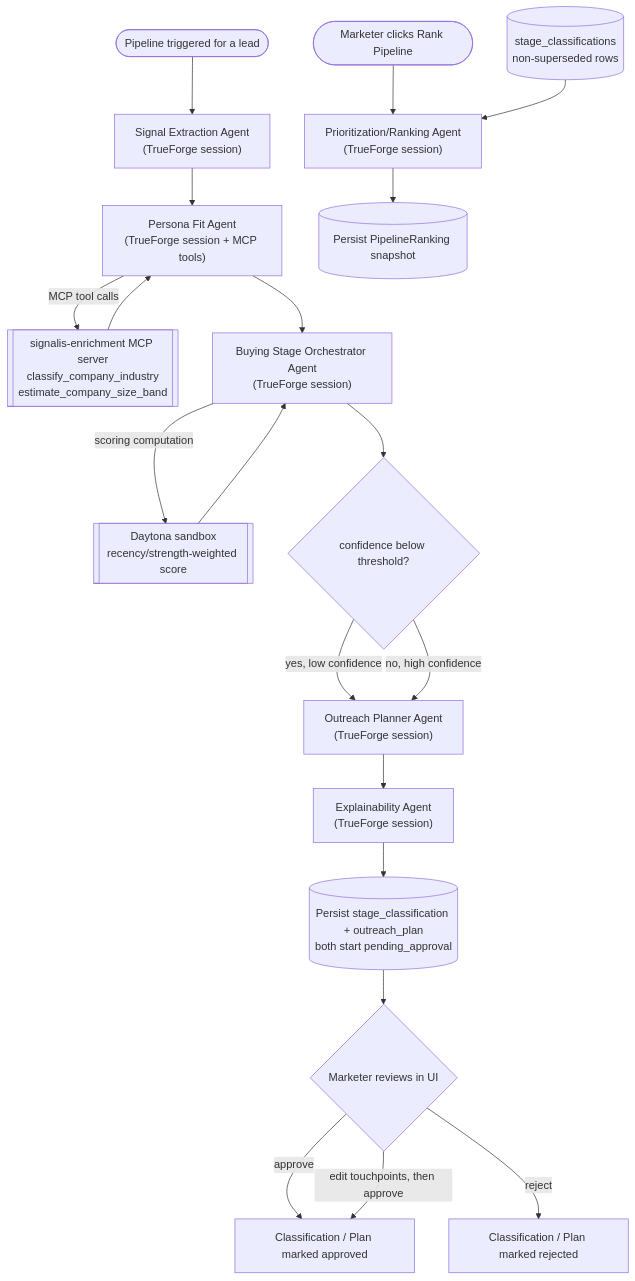
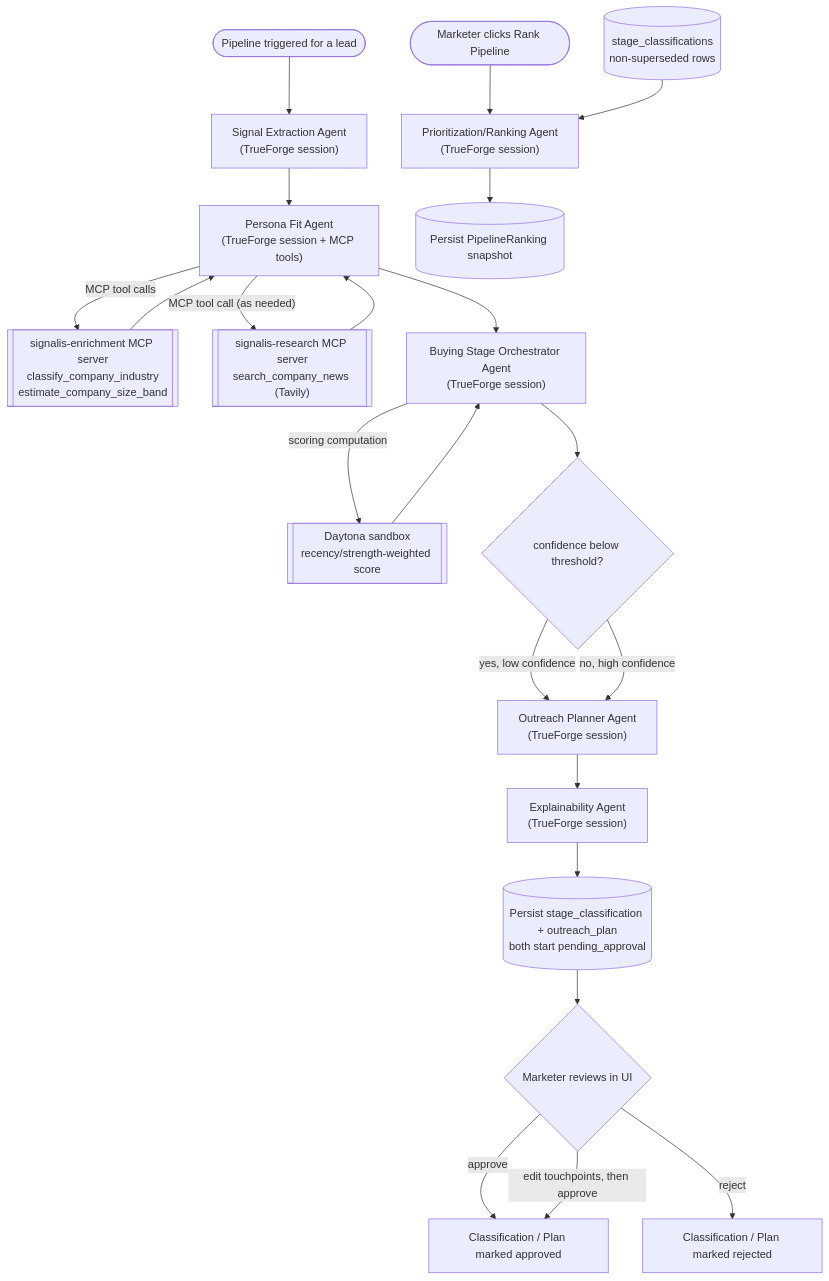
Before and after one commit to ram-from-tvl/signalis: the diagram in docs/AGENT_GRAPH.md, drawn with Mermaid. The commit also changed other lines of this file and 3 other files, not shown here.

First line of the commit message:
docs: document the research MCP server and TAVILY_API_KEY setup

````diff
--- a/docs/AGENT_GRAPH.md
+++ b/docs/AGENT_GRAPH.md
@@ -15,23 +15,25 @@
 ```mermaid
 flowchart TD
     Start([Pipeline triggered for a lead]) --> SE["Signal Extraction Agent\n(TrueForge session)"]
     SE --> PF["Persona Fit Agent\n(TrueForge session + MCP tools)"]
     PF -->|"MCP tool calls"| MCP[["signalis-enrichment MCP server\nclassify_company_industry\nestimate_company_size_band"]]
     MCP --> PF
+    PF -->|"MCP tool call (as needed)"| RESEARCH[["signalis-research MCP server\nsearch_company_news (Tavily)"]]
+    RESEARCH --> PF
     PF --> BS["Buying Stage Orchestrator Agent\n(TrueForge session)"]
     BS -->|"scoring computation"| SB[["Daytona sandbox\nrecency/strength-weighted score"]]
     SB --> BS
     BS --> Decision{confidence below threshold?}
     Decision -->|yes, low confidence| OP["Outreach Planner Agent\n(TrueForge session)"]
     Decision -->|no, high confidence| OP
     OP --> EX["Explainability Agent\n(TrueForge session)"]
     EX --> Persist[(Persist stage_classification + outreach_plan\nboth start pending_approval)]
     Persist --> Human{Marketer reviews in UI}
     Human -->|approve| Approved[Classification / Plan marked approved]
     Human -->|reject| Rejected[Classification / Plan marked rejected]
     Human -->|edit touchpoints, then approve| Approved
 
     RankStart([Marketer clicks Rank Pipeline]) --> Rank["Prioritization/Ranking Agent\n(TrueForge session)"]
     ClassStore[(stage_classifications\nnon-superseded rows)] --> Rank
     Rank --> RankPersist[(Persist PipelineRanking snapshot)]
 ```
````
